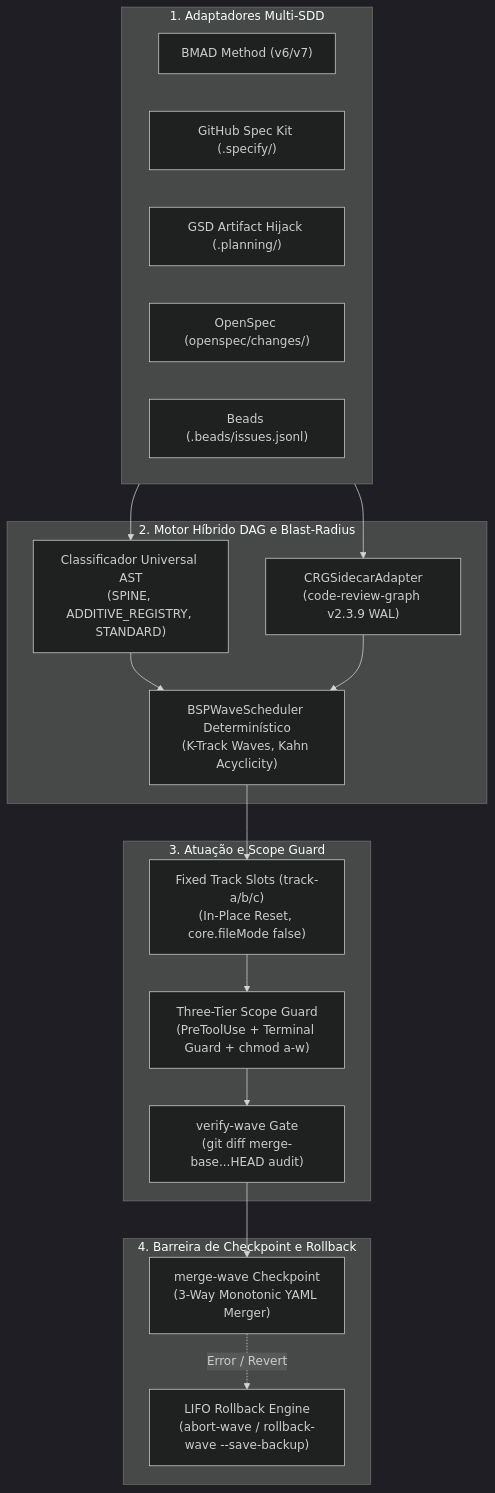
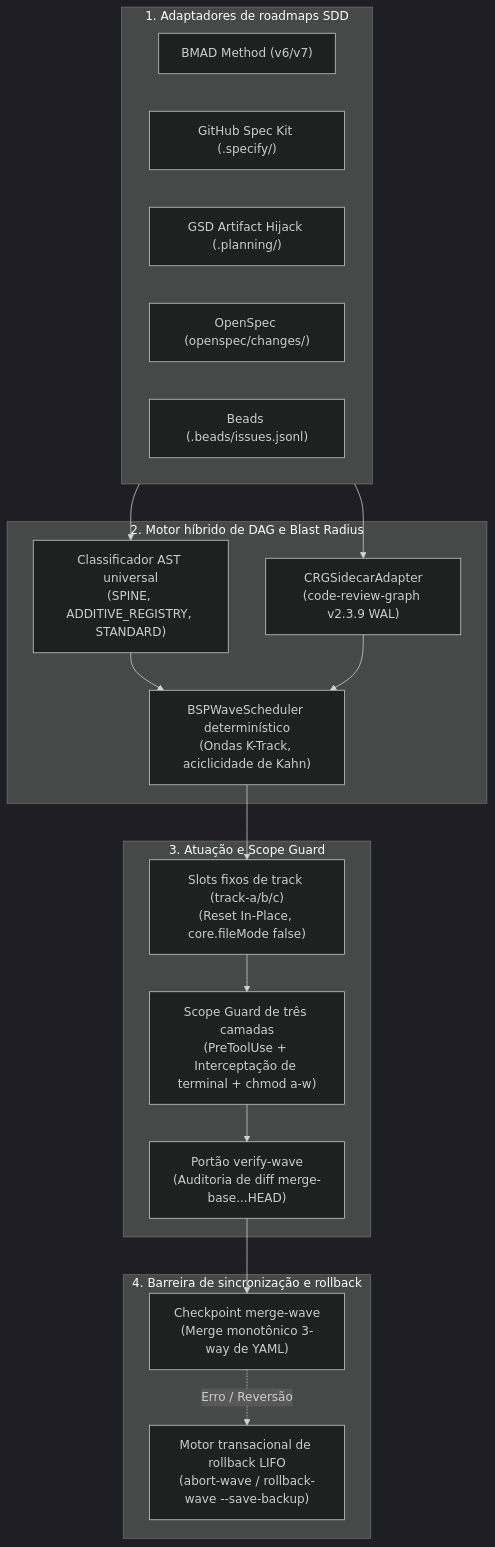
Before and after one commit to stopActingSoSmall/sdd-parallel: the second of 2 diagrams in docs/i18n/pt-BR/README.md, drawn with Mermaid (dark theme). The commit also changed other lines of this file and 5 other files, not shown here.

````diff
--- a/docs/i18n/pt-BR/README.md
+++ b/docs/i18n/pt-BR/README.md
@@ -157,34 +248,34 @@
 ```mermaid
 flowchart TD
-    subgraph Inputs["1. Adaptadores Multi-SDD"]
+    subgraph Inputs["1. Adaptadores de roadmaps SDD"]
         BMAD["BMAD Method (v6/v7)"]
         SpecKit["GitHub Spec Kit (.specify/)"]
         GSD["GSD Artifact Hijack (.planning/)"]
         OpenSpec["OpenSpec (openspec/changes/)"]
         Beads["Beads (.beads/issues.jsonl)"]
     end
 
-    subgraph Engine["2. Motor Híbrido DAG e Blast-Radius"]
-        AST["Classificador Universal AST\n(SPINE, ADDITIVE_REGISTRY, STANDARD)"]
+    subgraph Engine["2. Motor híbrido de DAG e Blast Radius"]
+        AST["Classificador AST universal\n(SPINE, ADDITIVE_REGISTRY, STANDARD)"]
         CRG["CRGSidecarAdapter\n(code-review-graph v2.3.9 WAL)"]
-        BSP["BSPWaveScheduler Determinístico\n(K-Track Waves, Kahn Acyclicity)"]
+        BSP["BSPWaveScheduler determinístico\n(Ondas K-Track, aciclicidade de Kahn)"]
     end
 
     subgraph Actuation["3. Atuação e Scope Guard"]
-        Slots["Fixed Track Slots (track-a/b/c)\n(In-Place Reset, core.fileMode false)"]
-        Guard["Three-Tier Scope Guard\n(PreToolUse + Terminal Guard + chmod a-w)"]
-        Verify["verify-wave Gate\n(git diff merge-base...HEAD audit)"]
+        Slots["Slots fixos de track (track-a/b/c)\n(Reset In-Place, core.fileMode false)"]
+        Guard["Scope Guard de três camadas\n(PreToolUse + Interceptação de terminal + chmod a-w)"]
+        Verify["Portão verify-wave\n(Auditoria de diff merge-base...HEAD)"]
     end
 
-    subgraph Barrier["4. Barreira de Checkpoint e Rollback"]
-        Merge["merge-wave Checkpoint\n(3-Way Monotonic YAML Merger)"]
-        Rollback["LIFO Rollback Engine\n(abort-wave / rollback-wave --save-backup)"]
+    subgraph Barrier["4. Barreira de sincronização e rollback"]
+        Merge["Checkpoint merge-wave\n(Merge monotônico 3-way de YAML)"]
+        Rollback["Motor transacional de rollback LIFO\n(abort-wave / rollback-wave --save-backup)"]
     end
 
     Inputs --> AST & CRG
     AST & CRG --> BSP
     BSP --> Slots
     Slots --> Guard --> Verify
     Verify --> Merge
-    Merge -. Error / Revert .-> Rollback
+    Merge -. Erro / Reversão .-> Rollback
 ```
````
